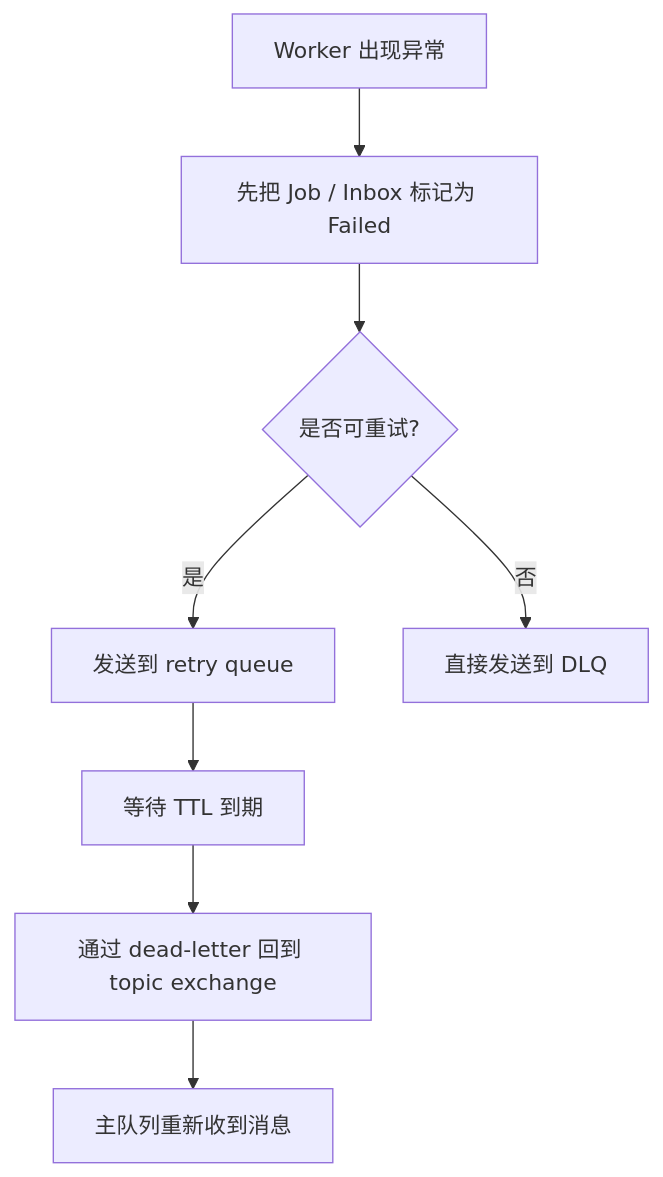
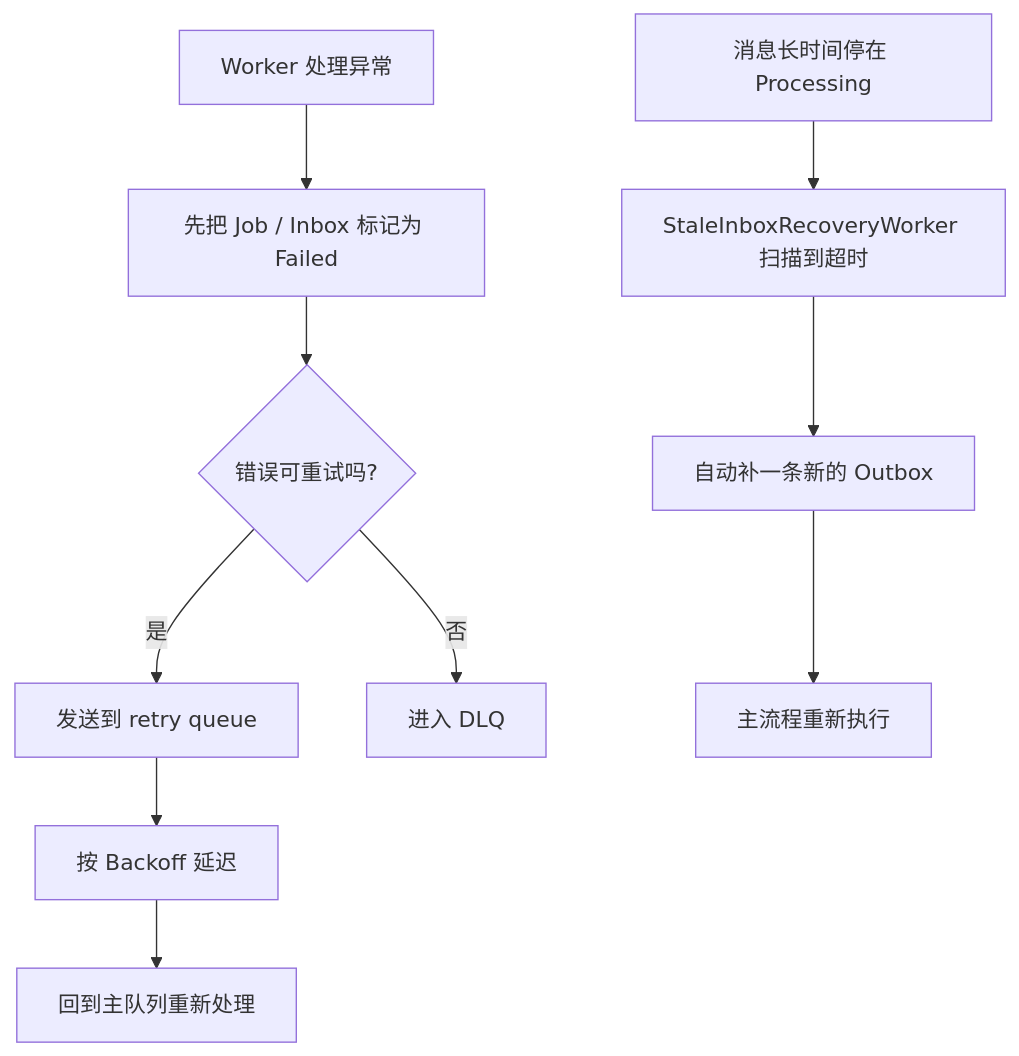
One commit to haoyucheng369-gif/DocFlowCloud changed the fourth of 4 diagrams in docs/system-flow.md. Above: the diagram before and after it, drawn with Mermaid. The commit also changed other lines of this file and 3 other files, not shown here.

````diff
--- a/docs/system-flow.md
+++ b/docs/system-flow.md
@@ -70,10 +80,12 @@
 ```mermaid
 flowchart TD
-    A[Worker 出现异常] --> B[先把 Job / Inbox 标记为 Failed]
-    B --> C{是否可重试?}
+    A[Worker 处理异常] --> B[先把 Job / Inbox 标记为 Failed]
+    B --> C{错误可重试吗?}
     C -->|是| D[发送到 retry queue]
-    D --> E[等待 TTL 到期]
-    E --> F[通过 dead-letter 回到 topic exchange]
-    F --> G[主队列重新收到消息]
-    C -->|否| H[直接发送到 DLQ]
+    D --> E[按 Backoff 延迟]
+    E --> F[回到主队列重新处理]
+    C -->|否| G[进入 DLQ]
+    H[消息长时间停在 Processing] --> I[StaleInboxRecoveryWorker 扫描到超时]
+    I --> J[自动补一条新的 Outbox]
+    J --> K[主流程重新执行]
 ```
````
